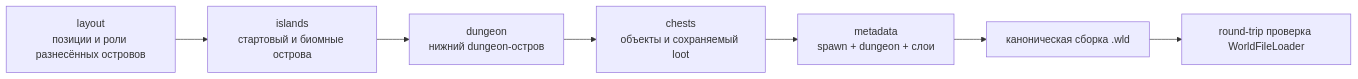
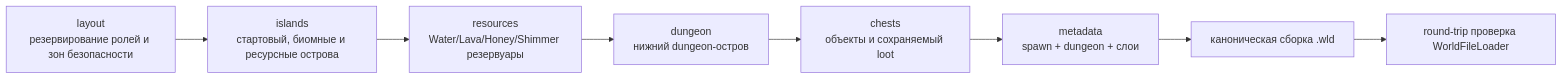
The first of 3 diagrams in docs/ru/skyblock-world-generation.md (VegaKernel/TerraRuntime), drawn with Mermaid before and after one commit. The commit also changed other lines of this file and 5 other files, not shown here.

````diff
--- a/docs/ru/skyblock-world-generation.md
+++ b/docs/ru/skyblock-world-generation.md
@@ -13,9 +13,10 @@
 ```mermaid
 flowchart LR
-    Layout["layout\nпозиции и роли разнесённых островов"] --> Islands["islands\nстартовый и биомные острова"]
-    Islands --> Dungeon["dungeon\nнижний dungeon-остров"]
+    Layout["layout\nрезервирование ролей и зон безопасности"] --> Islands["islands\nстартовый, биомные и ресурсные острова"]
+    Islands --> Resources["resources\nWater/Lava/Honey/Shimmer резервуары"]
+    Resources --> Dungeon["dungeon\nнижний dungeon-остров"]
     Dungeon --> Chests["chests\nобъекты и сохраняемый loot"]
     Chests --> Metadata["metadata\nspawn + dungeon + слои"]
     Metadata --> Compose["каноническая сборка .wld"]
     Compose --> Validate["round-trip проверка WorldFileLoader"]
 ```
````
